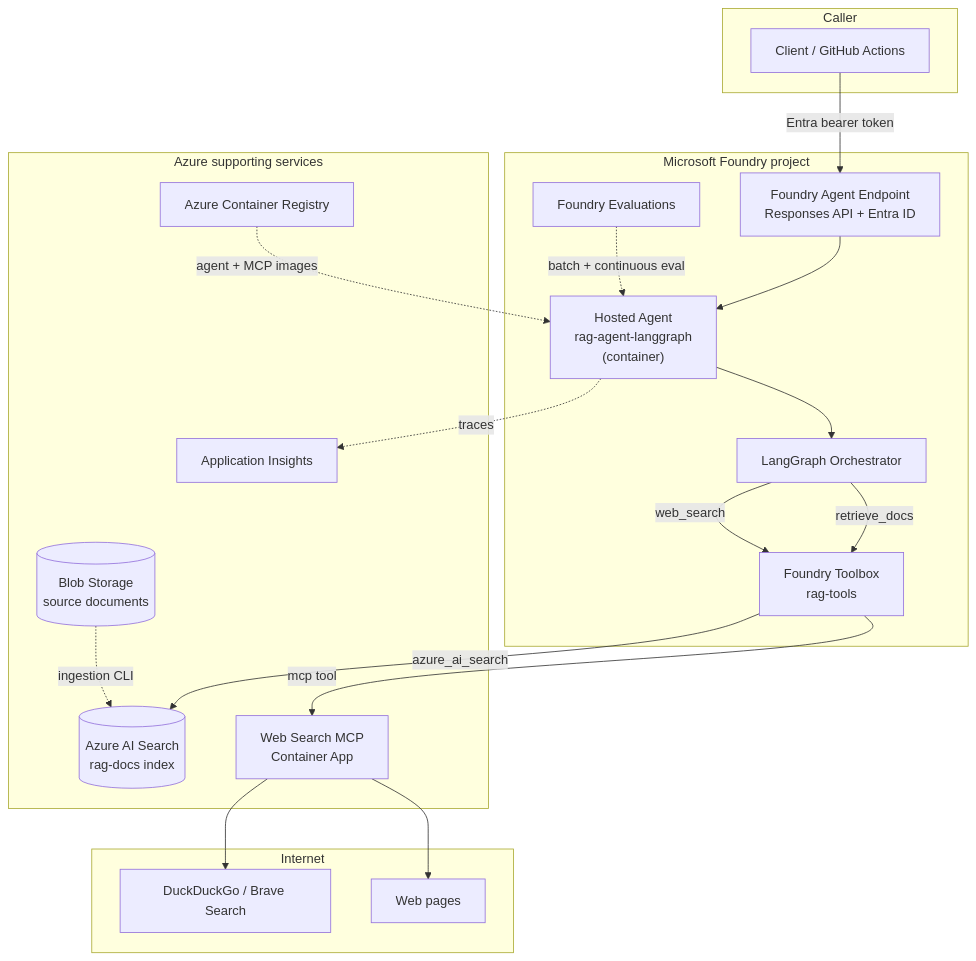
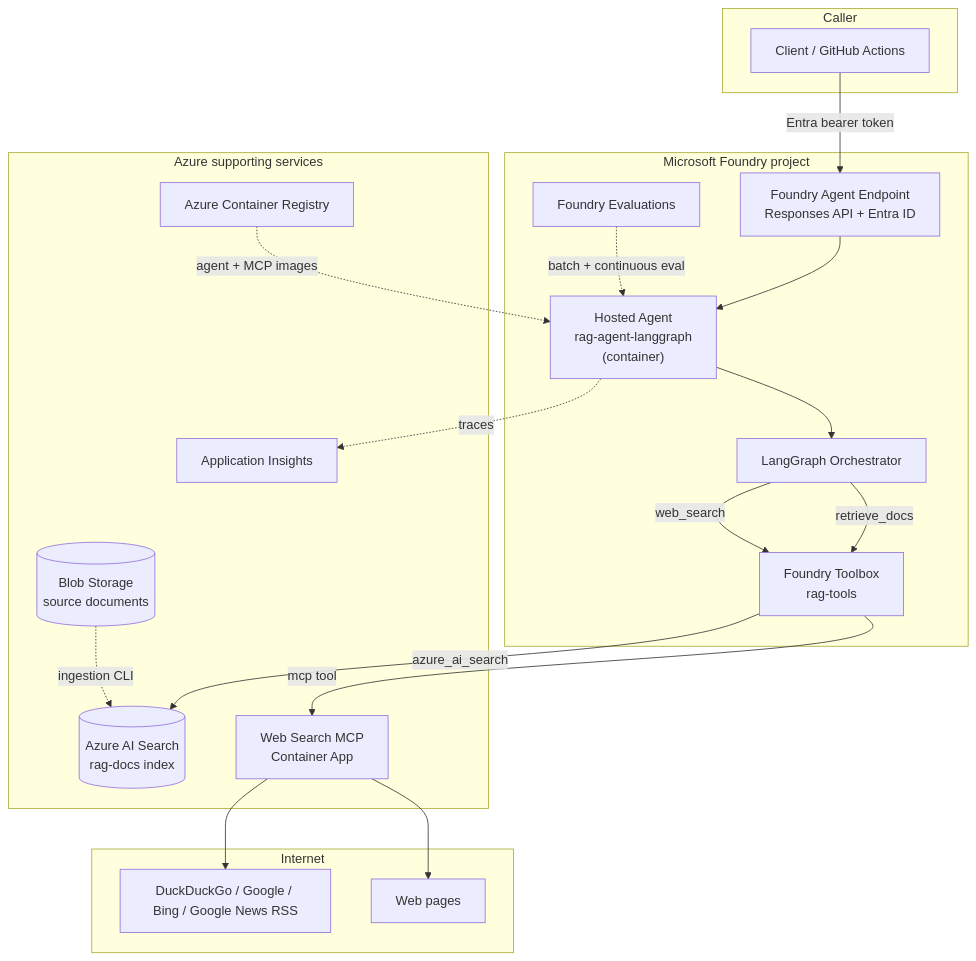
One commit to kuralamuthan300/e2e_azure_rag changed the diagram in plan/master_plan.md. Above: the diagram before and after it, drawn with Mermaid. The commit also changed other lines of this file and 66 other files, not shown here.

````diff
--- a/plan/master_plan.md
+++ b/plan/master_plan.md
@@ -76,41 +76,41 @@
 ```mermaid
 flowchart TB
     subgraph Client["Caller"]
         C["Client / GitHub Actions"]
     end
 
     subgraph Foundry["Microsoft Foundry project"]
         E["Foundry Agent Endpoint<br/>Responses API + Entra ID"]
         A["Hosted Agent<br/>rag-agent-langgraph<br/>(container)"]
         G["LangGraph Orchestrator"]
         T["Foundry Toolbox<br/>rag-tools"]
         EV["Foundry Evaluations"]
     end
 
     subgraph Azure["Azure supporting services"]
         ACR["Azure Container Registry"]
         S[("Azure AI Search<br/>rag-docs index")]
         M["Web Search MCP<br/>Container App"]
         AI["Application Insights"]
         B[("Blob Storage<br/>source documents")]
     end
 
     subgraph Internet["Internet"]
-        W["DuckDuckGo / Brave Search"]
+        W["DuckDuckGo / Google / Bing / Google News RSS"]
         P["Web pages"]
     end
 
     C -->|"Entra bearer token"| E
     E --> A
     A --> G
     G -->|"retrieve_docs"| T
     G -->|"web_search"| T
     T -->|"azure_ai_search"| S
     T -->|"mcp tool"| M
     M --> W
     M --> P
     ACR -.->|"agent + MCP images"| A
     B -.->|"ingestion CLI"| S
     A -.->|"traces"| AI
     EV -.->|"batch + continuous eval"| A
 ```
````
